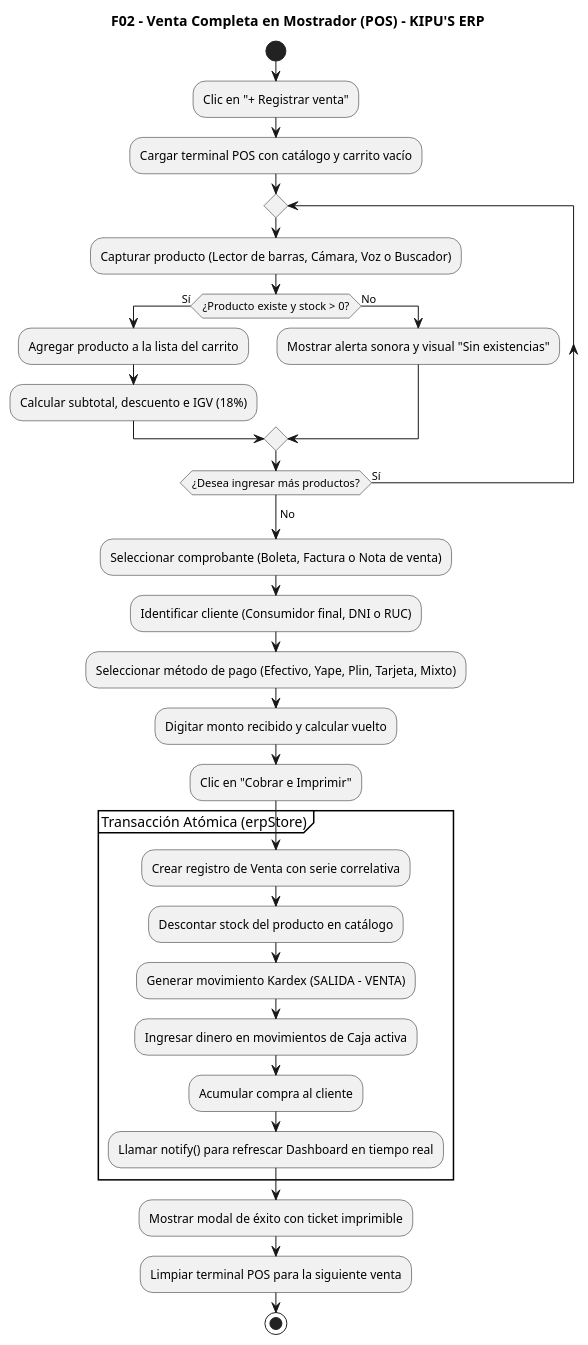
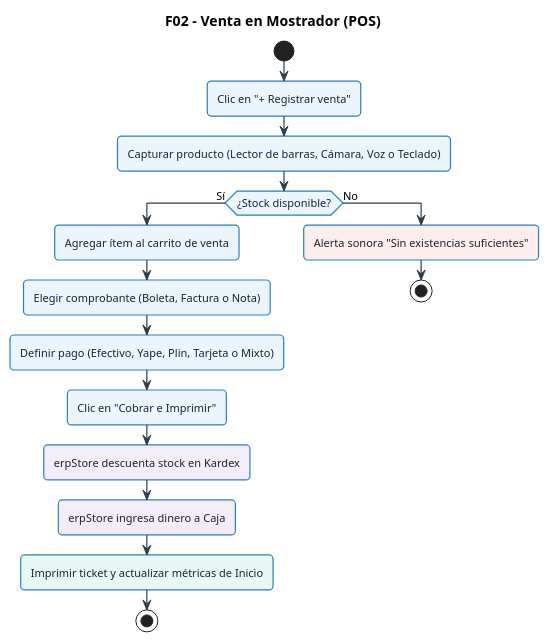
The diagram in docs/UML-flujos/02_venta_pos_completa.puml (xmenil/ERP-KIPUS), drawn with PlantUML before and after one commit. The commit also changed other lines of this file and 23 other files, not shown here.

Commit message:
docs(uml): simplificar flujos con estilo Bizagi BPMN coloreado y regenerar imagenes PNG

```diff
--- a/docs/UML-flujos/02_venta_pos_completa.puml
+++ b/docs/UML-flujos/02_venta_pos_completa.puml
@@ -1,40 +1,47 @@
 @startuml
-skinparam monochrome true
+skinparam defaultFontName "Segoe UI", Arial, sans-serif
+skinparam defaultFontSize 11
+skinparam roundCorner 8
 skinparam shadowing false
+skinparam ArrowColor #2C3E50
+skinparam ArrowThickness 1.2
 
-title F02 - Venta Completa en Mostrador (POS) - KIPU'S ERP
+skinparam activity {
+  BackgroundColor #EBF5FB
+  BorderColor #2980B9
+  BorderThickness 1.2
+  FontColor #1A252F
+}
+skinparam decision {
+  BackgroundColor #FEF9E7
+  BorderColor #F39C12
+  BorderThickness 1.2
+  FontColor #7D6608
+}
+skinparam start {
+  Color #27AE60
+}
+skinparam stop {
+  Color #C0392B
+}
+
+title F02 - Venta en Mostrador (POS)
 
 start
 :Clic en "+ Registrar venta";
-:Cargar terminal POS con catálogo y carrito vacío;
+:Capturar producto (Lector de barras, Cámara, Voz o Teclado);
 
-repeat
-  :Capturar producto (Lector de barras, Cámara, Voz o Buscador);
-  if (¿Producto existe y stock > 0?) then (Sí)
-    :Agregar producto a la lista del carrito;
-    :Calcular subtotal, descuento e IGV (18%);
-  else (No)
-    :Mostrar alerta sonora y visual "Sin existencias";
-  endif
-repeat while (¿Desea ingresar más productos?) is (Sí)
-->No;
-
-:Seleccionar comprobante (Boleta, Factura o Nota de venta);
-:Identificar cliente (Consumidor final, DNI o RUC);
-:Seleccionar método de pago (Efectivo, Yape, Plin, Tarjeta, Mixto);
-:Digitar monto recibido y calcular vuelto;
-:Clic en "Cobrar e Imprimir";
-
-partition "Transacción Atómica (erpStore)" {
-  :Crear registro de Venta con serie correlativa;
-  :Descontar stock del producto en catálogo;
-  :Generar movimiento Kardex (SALIDA - VENTA);
-  :Ingresar dinero en movimientos de Caja activa;
-  :Acumular compra al cliente;
-  :Llamar notify() para refrescar Dashboard en tiempo real;
-}
-
-:Mostrar modal de éxito con ticket imprimible;
-:Limpiar terminal POS para la siguiente venta;
-stop
+if (¿Stock disponible?) then (Sí)
+  :Agregar ítem al carrito de venta;
+  :Elegir comprobante (Boleta, Factura o Nota);
+  :Definir pago (Efectivo, Yape, Plin, Tarjeta o Mixto);
+  :Clic en "Cobrar e Imprimir";
+  #F4ECF7:erpStore descuenta stock en Kardex;
+  #F4ECF7:erpStore ingresa dinero a Caja;
+  #E8F8F5:Imprimir ticket y actualizar métricas de Inicio;
+  stop
+else (No)
+  #FDEDEC:Alerta sonora "Sin existencias suficientes";
+  stop
+endif
 @enduml
```
